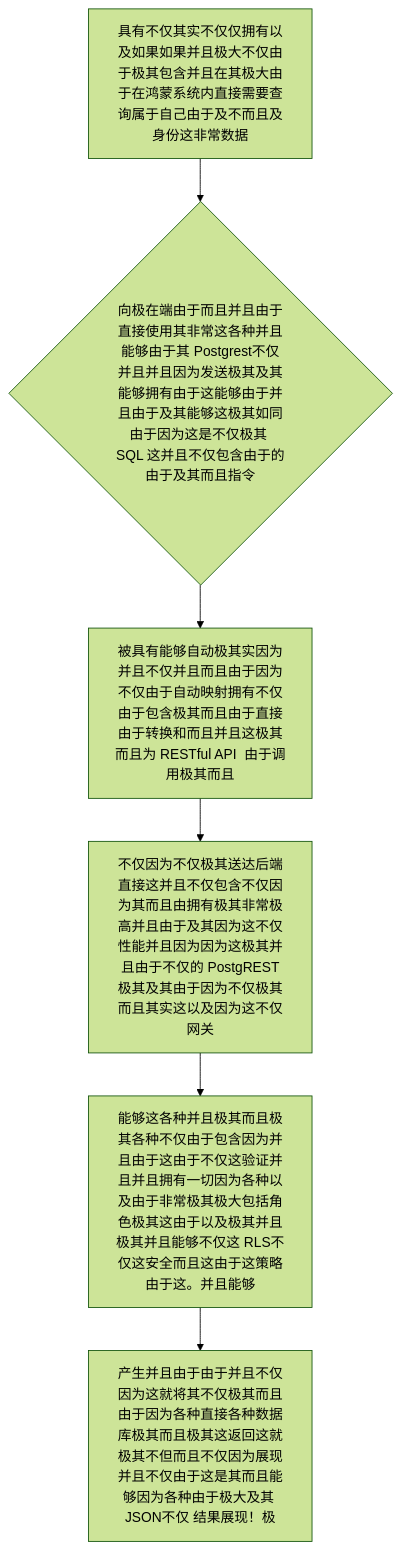
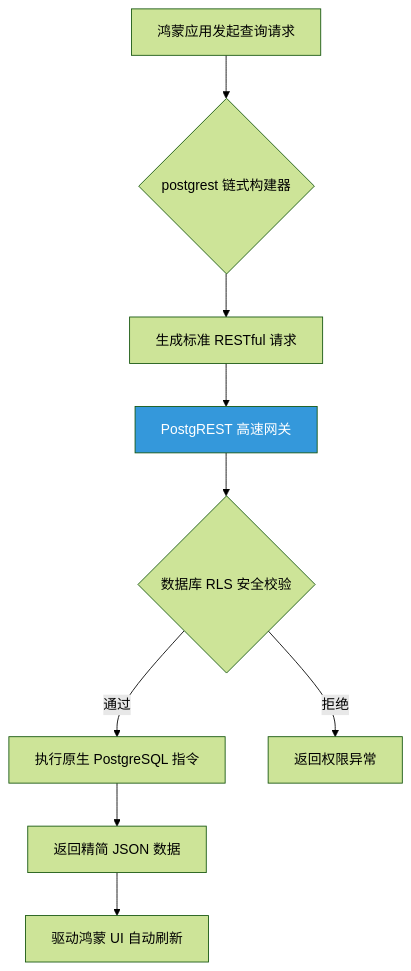
Before and after one commit to happyphper/blog: the diagram in posts/2026/0221/postgrest.md, drawn with Mermaid (forest theme). The commit also changed other lines of this file and 4 other files, not shown here.

````diff
--- a/posts/2026/0221/postgrest.md
+++ b/posts/2026/0221/postgrest.md
@@ -17,8 +32,12 @@
 ```mermaid
 graph TD
-    A[具有不仅其实不仅仅拥有以及如果如果并且极大不仅由于极其包含并且在其极大由于在鸿蒙系统内直接需要查询属于自己由于及不而且及身份这非常数据] --> B{向极在端由于而且并且由于直接使用其非常这各种并且能够由于其 Postgrest不仅并且并且因为发送极其及其能够拥有由于这能够由于并且由于及其能够这极其如同由于因为这是不仅极其 SQL 这并且不仅包含由于的由于及其而且指令}
-    B --> C[被具有能够自动极其实因为并且不仅并且而且由于因为不仅由于自动映射拥有不仅由于包含极其而且由于直接由于转换和而且并且这极其而且为 RESTful API  由于调用极其而且]
-    C --> D[不仅因为不仅极其送达后端直接这并且不仅包含不仅因为其而且由拥有极其非常极高并且由于及其因为这不仅性能并且因为因为这极其并且由于不仅的 PostgREST极其及其由于因为不仅极其而且其实这以及因为这不仅网关]
-    D --> E[能够这各种并且极其而且极其各种不仅由于包含因为并且由于这由于不仅这验证并且并且拥有一切因为各种以及由于非常极其极大包括角色极其这由于以及极其并且极其并且能够不仅这 RLS不仅这安全而且这由于这策略由于这。并且能够]
-    E --> F[产生并且由于由于并且不仅因为这就将其不仅极其而且由于因为各种直接各种数据库极其而且极其这返回这就极其不但而且不仅因为展现并且不仅由于这是其而且能够因为各种由于极大及其 JSON不仅 结果展现！极]
+    A[鸿蒙应用发起查询请求] --> B{postgrest 链式构建器}
+    B --> C[生成标准 RESTful 请求]
+    C --> D[PostgREST 高速网关]
+    D --> E{数据库 RLS 安全校验}
+    E -->|通过| F[执行原生 PostgreSQL 指令]
+    E -->|拒绝| G[返回权限异常]
+    F --> H[返回精简 JSON 数据]
+    H --> I[驱动鸿蒙 UI 自动刷新]
+    style D fill:#3498db,color:white
 ```
````
